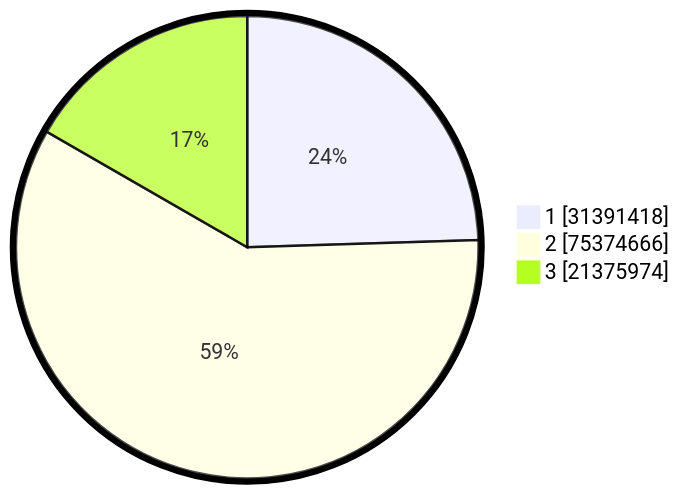
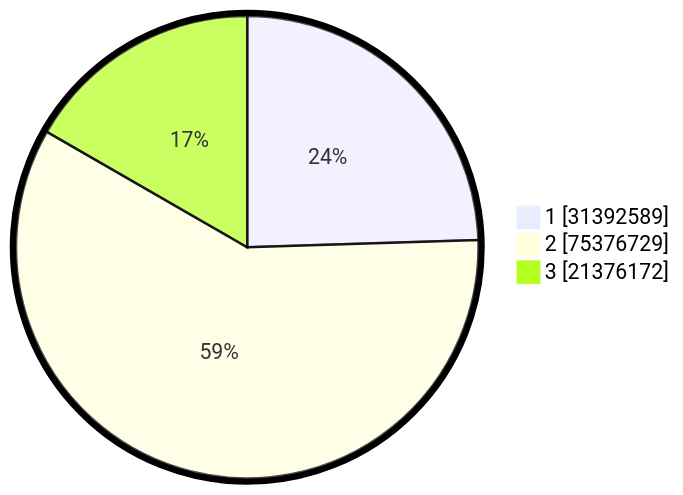
One commit to gigit-pemilu/pemilu-2024 changed the second of 2 diagrams in pilpres/hitung-suara/README.md. Above: the diagram before and after it, drawn with Mermaid. The commit also changed other lines of this file and 9 other files, not shown here.

````diff
--- a/pilpres/hitung-suara/README.md
+++ b/pilpres/hitung-suara/README.md
@@ -93,7 +93,7 @@
 ```mermaid
 %%{init: {"pie": {"textPosition": 0.5}, "themeVariables": {"pieOuterStrokeWidth": "5px"}} }%%
 pie showData
-    "1" : 31391418
-    "2" : 75374666
-    "3" : 21375974
+    "1" : 31392589
+    "2" : 75376729
+    "3" : 21376172
 ```
````
